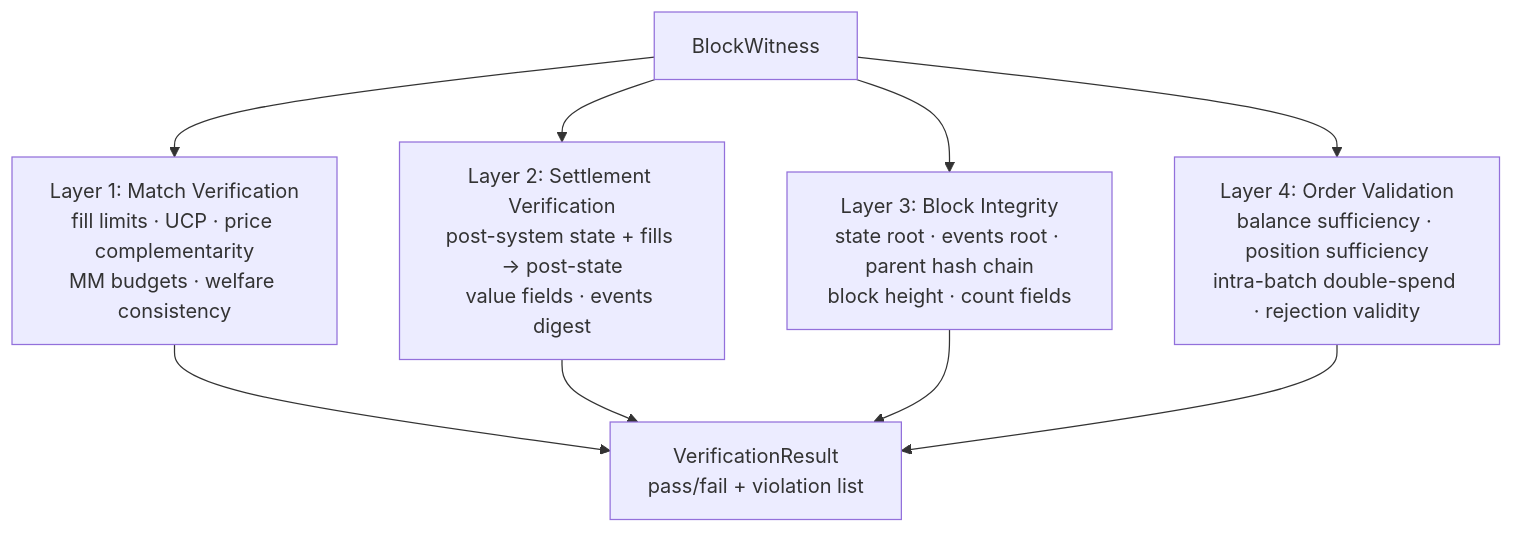
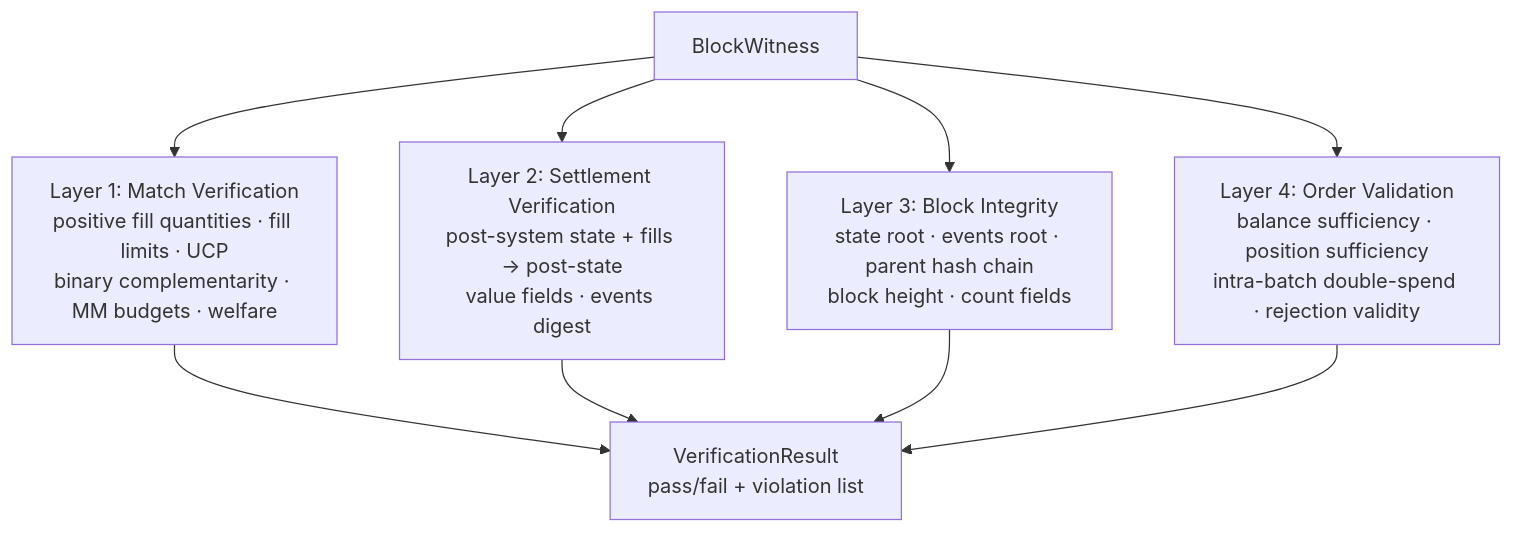
One commit to MetaB0y/sybil changed the diagram in docs/architecture/04-verification/Four-Layer Verification.md. Above: the diagram before and after it, drawn with Mermaid. The commit also changed other lines of this file and 33 other files, not shown here.

````diff
--- a/docs/architecture/04-verification/Four-Layer Verification.md
+++ b/docs/architecture/04-verification/Four-Layer Verification.md
@@ -19,9 +19,9 @@
 ```mermaid
 graph TB
     WITNESS["BlockWitness"]
-    WITNESS --> L1["Layer 1: Match Verification<br/>fill limits · UCP · price complementarity<br/>MM budgets · welfare consistency"]
+    WITNESS --> L1["Layer 1: Match Verification<br/>positive fill quantities · fill limits · UCP<br/>binary complementarity · MM budgets · welfare"]
     WITNESS --> L2["Layer 2: Settlement Verification<br/>post-system state + fills → post-state<br/>value fields · events digest"]
     WITNESS --> L3["Layer 3: Block Integrity<br/>state root · events root · parent hash chain<br/>block height · count fields"]
     WITNESS --> L4["Layer 4: Order Validation<br/>balance sufficiency · position sufficiency<br/>intra-batch double-spend · rejection validity"]
     L1 & L2 & L3 & L4 --> RESULT["VerificationResult<br/>pass/fail + violation list"]
 ```
````
